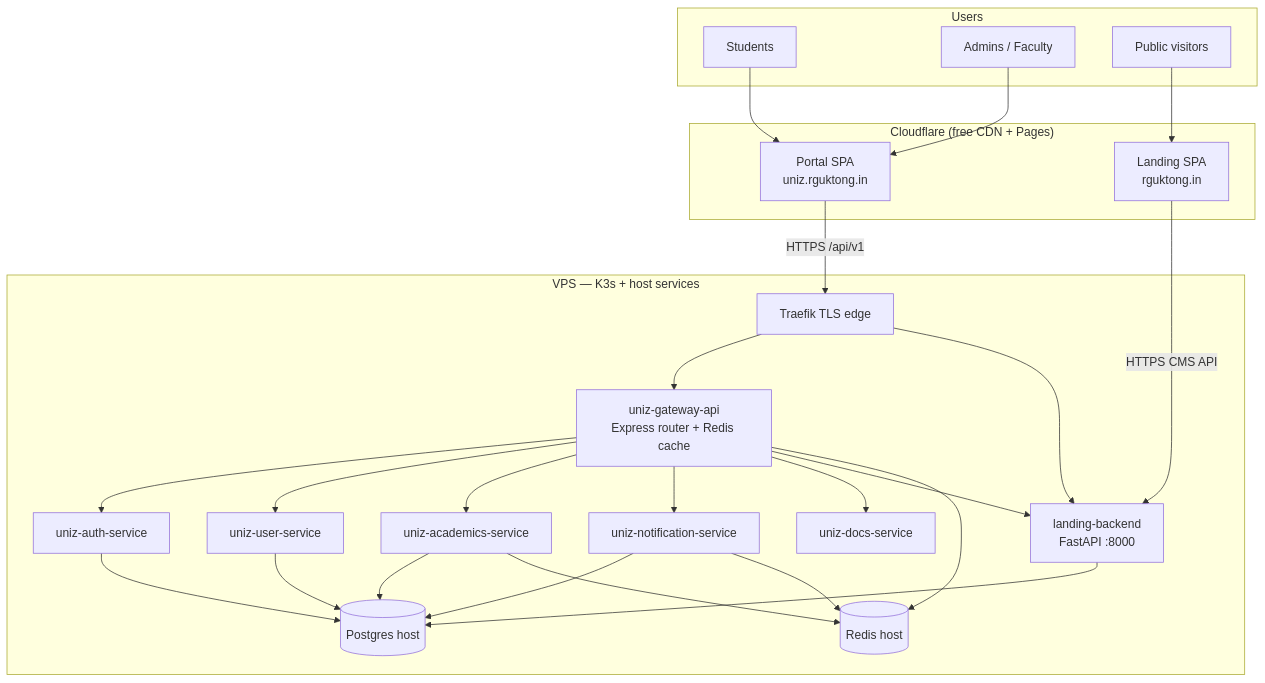
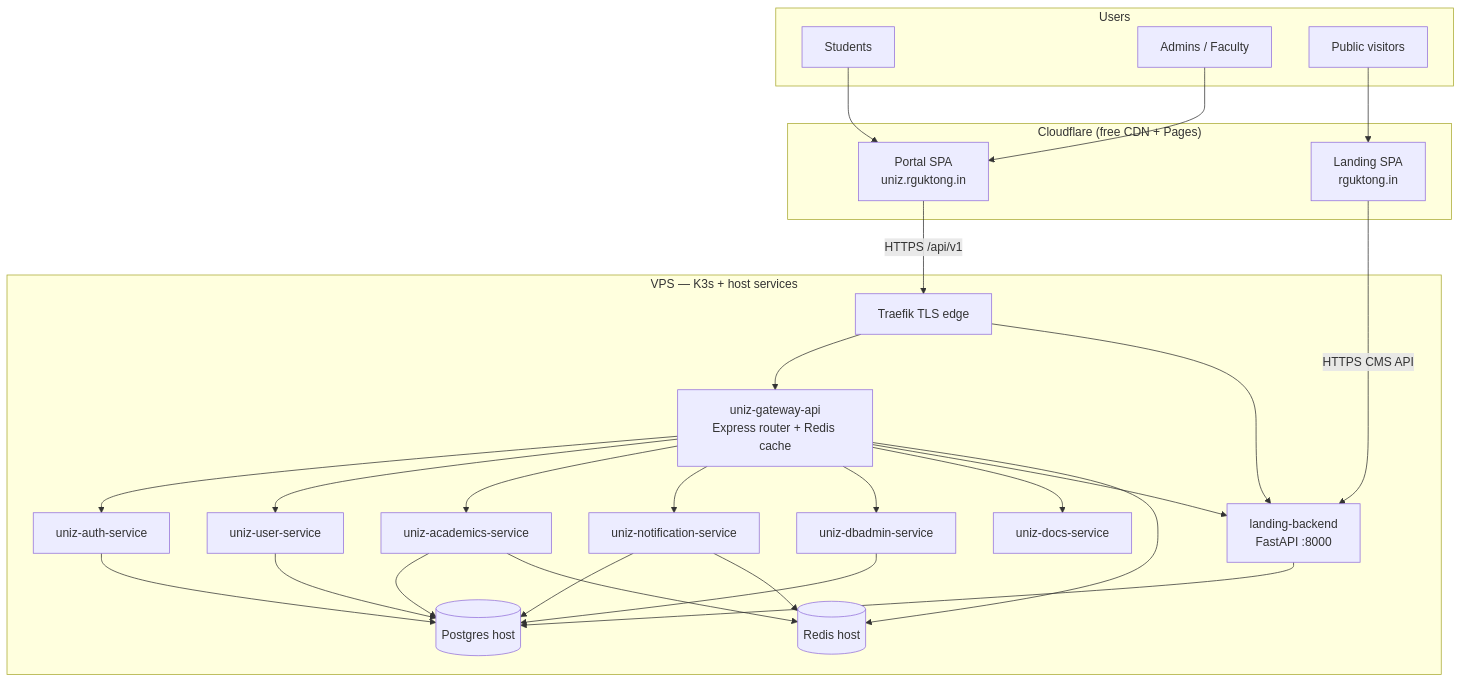
The diagram in apps/uniz-docs/system/overview.md (uniz-rguktong/uniz-master), drawn with Mermaid before and after one commit. The commit also changed other lines of this file and 49 other files, not shown here.

````diff
--- a/apps/uniz-docs/system/overview.md
+++ b/apps/uniz-docs/system/overview.md
@@ -10,48 +10,51 @@
 ```mermaid
 flowchart TB
   subgraph Users
     S[Students]
     A[Admins / Faculty]
     P[Public visitors]
   end
 
   subgraph Cloudflare["Cloudflare (free CDN + Pages)"]
     Portal["Portal SPA\nuniz.rguktong.in"]
     Landing["Landing SPA\nrguktong.in"]
   end
 
   subgraph VPS["VPS — K3s + host services"]
     Traefik[Traefik TLS edge]
     GW["uniz-gateway-api\nExpress router + Redis cache"]
     Auth[uniz-auth-service]
     User[uniz-user-service]
     Acad[uniz-academics-service]
     Notif[uniz-notification-service]
+    Db[uniz-dbadmin-service]
     Docs[uniz-docs-service]
     LandAPI["landing-backend\nFastAPI :8000"]
     PG[(Postgres host)]
     Redis[(Redis host)]
   end
 
   S --> Portal
   A --> Portal
   P --> Landing
   Portal -->|HTTPS /api/v1| Traefik
   Landing -->|HTTPS CMS API| LandAPI
   Traefik --> GW
   Traefik --> LandAPI
   GW --> Auth
   GW --> User
   GW --> Acad
   GW --> Notif
+  GW --> Db
   GW --> Docs
   GW --> LandAPI
   Auth --> PG
   User --> PG
   Acad --> PG
   Notif --> PG
+  Db --> PG
   Acad --> Redis
   GW --> Redis
   Notif --> Redis
   LandAPI --> PG
 ```
````
